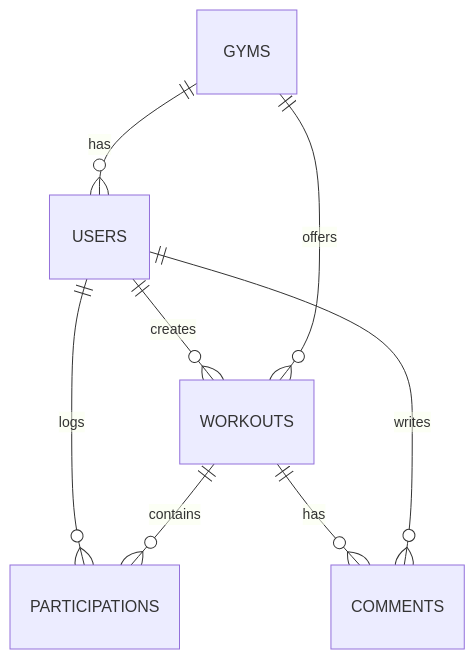
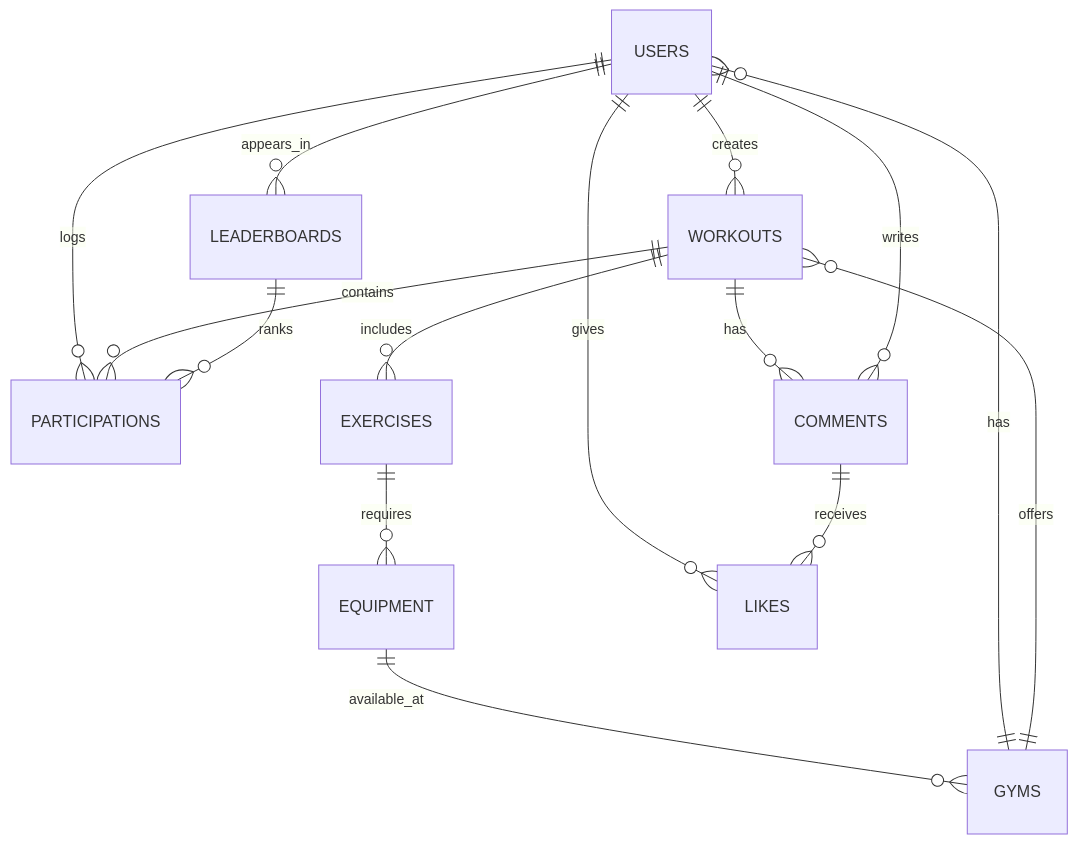
The diagram in README.md (ShaneMillar96/FitBuddy), drawn with Mermaid before and after one commit.

````diff
--- a/README.md
+++ b/README.md
@@ -45,11 +45,18 @@
 ```mermaid
 %%{init: {'theme':'default'}}%%
 erDiagram
     USERS ||--o{ WORKOUTS : creates
     USERS ||--o{ PARTICIPATIONS : logs
     GYMS ||--o{ USERS : has
     GYMS ||--o{ WORKOUTS : offers
     WORKOUTS ||--o{ PARTICIPATIONS : contains
     WORKOUTS ||--o{ COMMENTS : has
     USERS ||--o{ COMMENTS : writes
+    WORKOUTS ||--o{ EXERCISES : includes
+    EXERCISES ||--o{ EQUIPMENT : requires
+    EQUIPMENT ||--o{ GYMS : available_at
+    USERS ||--o{ LIKES : gives
+    COMMENTS ||--o{ LIKES : receives
+    USERS ||--o{ LEADERBOARDS : appears_in
+    LEADERBOARDS ||--o{ PARTICIPATIONS : ranks
 ```
````
